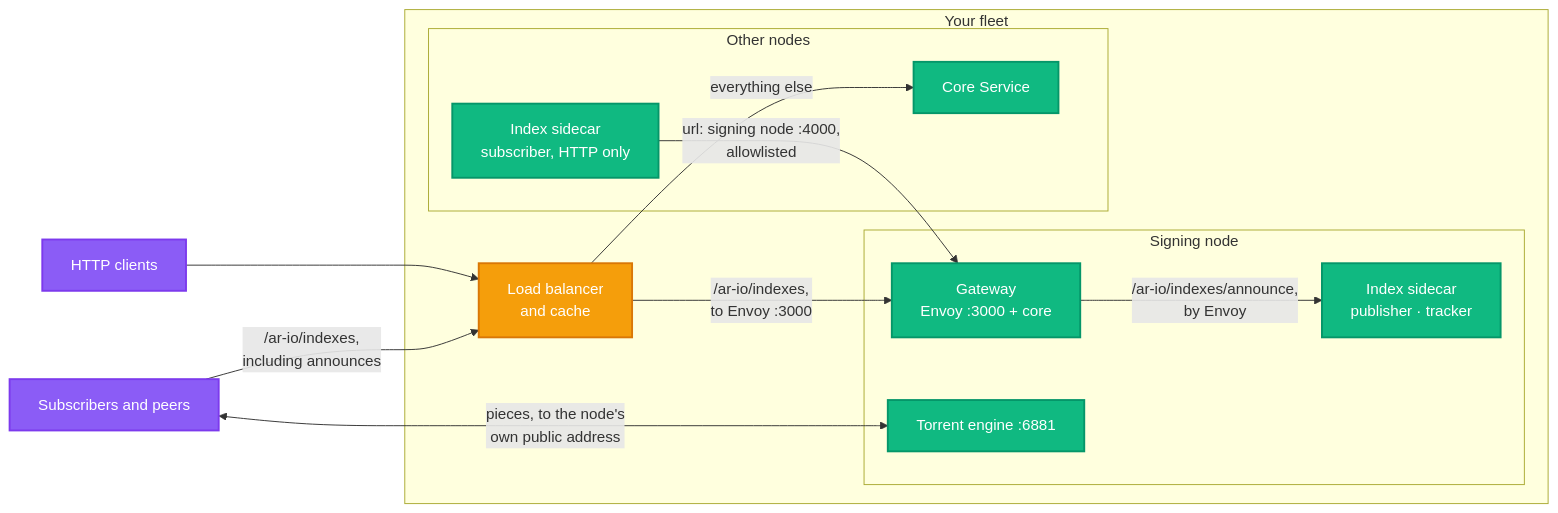
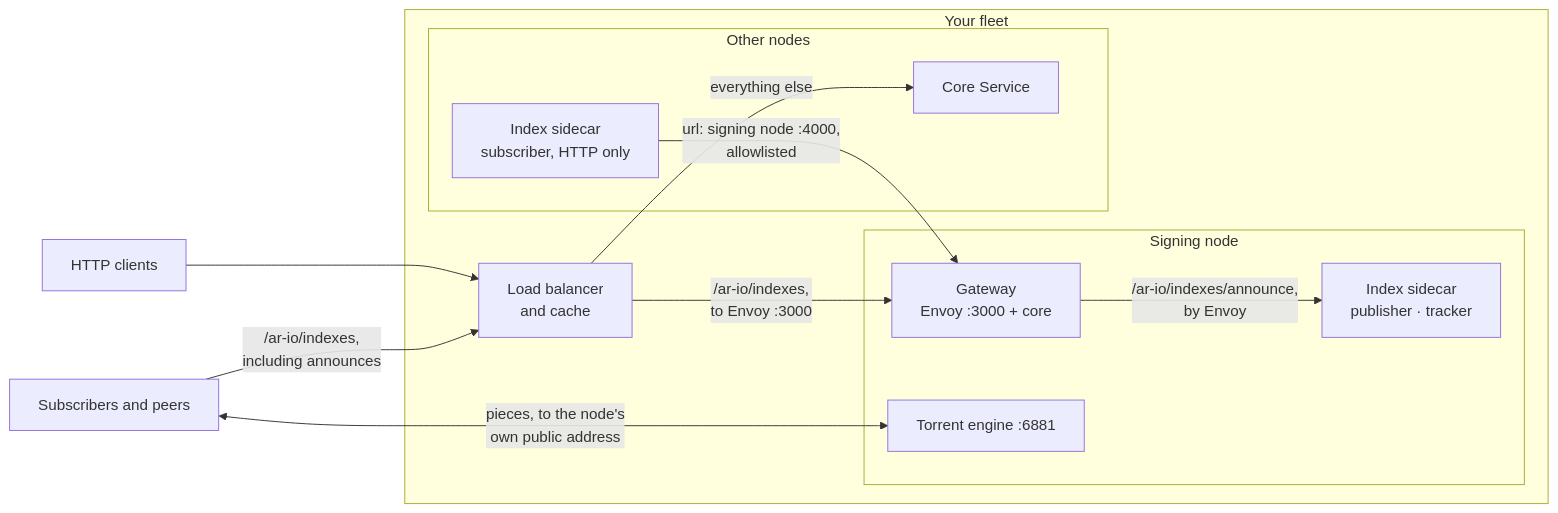
The second of 2 diagrams in content/build/run-a-gateway/manage/index-sharing.mdx (ar-io/docs), drawn with Mermaid before and after one commit. The commit also changed other lines of this file and 9 other files, not shown here.

First line of the commit message:
feat(docs): legible, on-brand diagrams

````diff
--- a/content/build/run-a-gateway/manage/index-sharing.mdx
+++ b/content/build/run-a-gateway/manage/index-sharing.mdx
@@ -663,34 +659,31 @@
 ```mermaid
 graph LR
     CLIENTS[HTTP clients]
     PEERS[Subscribers and peers]
 
     subgraph Fleet ["Your fleet"]
         LB[Load balancer<br/>and cache]
         subgraph Signer ["Signing node"]
             C1[Gateway<br/>Envoy :3000 + core]
             S1[Index sidecar<br/>publisher · tracker]
             E1[Torrent engine :6881]
         end
         subgraph Other ["Other nodes"]
             C2[Core Service]
             S2[Index sidecar<br/>subscriber, HTTP only]
         end
     end
 
     CLIENTS --> LB
     PEERS -->|/ar-io/indexes,<br/>including announces| LB
     LB -->|/ar-io/indexes,<br/>to Envoy :3000| C1
     LB -->|everything else| C2
     S2 -->|url: signing node :4000,<br/>allowlisted| C1
     PEERS <-->|pieces, to the node's<br/>own public address| E1
     C1 -->|/ar-io/indexes/announce,<br/>by Envoy| S1
 
-    classDef service fill:#10b981,stroke:#059669,stroke-width:2px,color:#fff
-    classDef proxy fill:#f59e0b,stroke:#d97706,stroke-width:2px,color:#fff
-    classDef external fill:#8b5cf6,stroke:#7c3aed,stroke-width:2px,color:#fff
 
-    class C1,C2,S1,S2,E1 service
-    class LB proxy
-    class CLIENTS,PEERS external
+    class C1,C2,S1,S2,E1 dg-strong
+    class LB dg-muted
+    class CLIENTS,PEERS dg-muted
 ```
````
